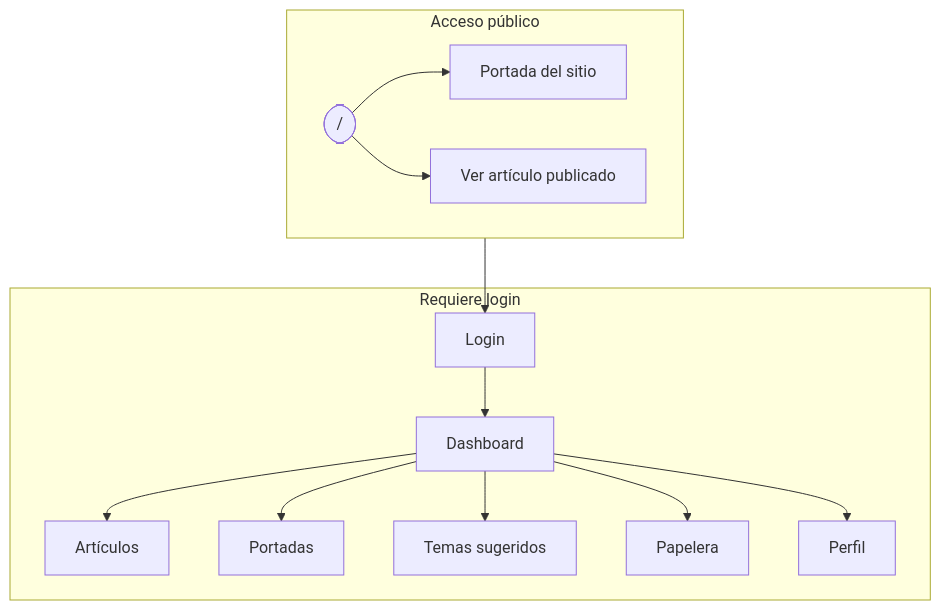
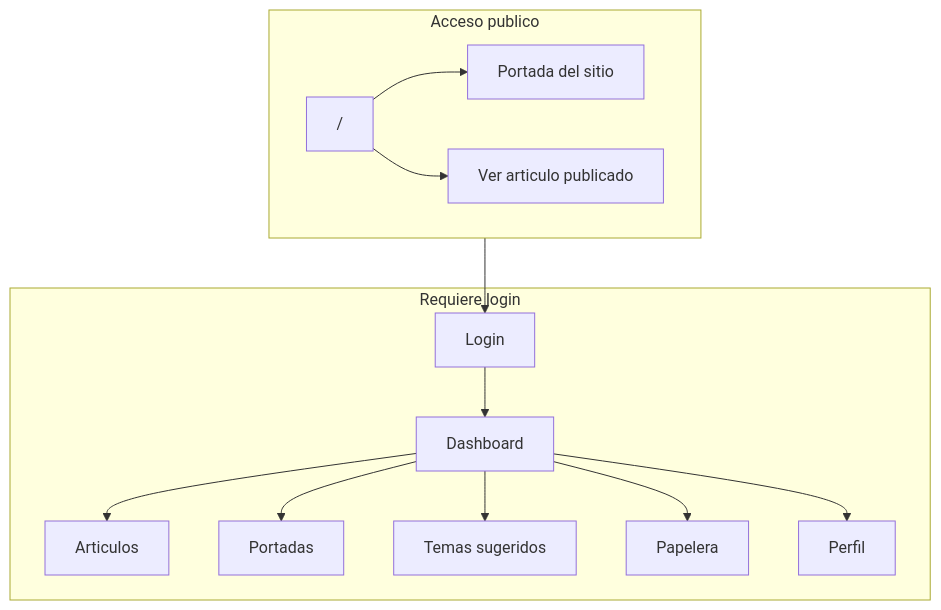
Before and after one commit to Erick1528/revista-mundo-real: the first of 7 diagrams in README.md, drawn with Mermaid. The commit also changed other lines of this file, not shown here.

Commit message:
chore: update README diagrams for improved clarity and consistency, correcting labels and enhancing visual structure

````diff
--- a/README.md
+++ b/README.md
@@ -21,28 +21,28 @@
 ```mermaid
-flowchart TB
-  subgraph publico["Acceso público"]
-    Inicio(["/"])
+graph TB
+  subgraph publico[Acceso publico]
+    Inicio["/"]
     Portada[Portada del sitio]
-    VerArt[Ver artículo publicado]
+    VerArt[Ver articulo publicado]
     Inicio --> Portada
     Inicio --> VerArt
   end
 
-  subgraph auth["Requiere login"]
+  subgraph auth[Requiere login]
     Login[Login]
     Dashboard[Dashboard]
-    Art[Artículos]
+    Art[Articulos]
     Port[Portadas]
     Temas[Temas sugeridos]
     Papelera[Papelera]
     Perfil[Perfil]
     Login --> Dashboard
     Dashboard --> Art
     Dashboard --> Port
     Dashboard --> Temas
     Dashboard --> Papelera
     Dashboard --> Perfil
   end
 
   publico --> Login
 ```
````
